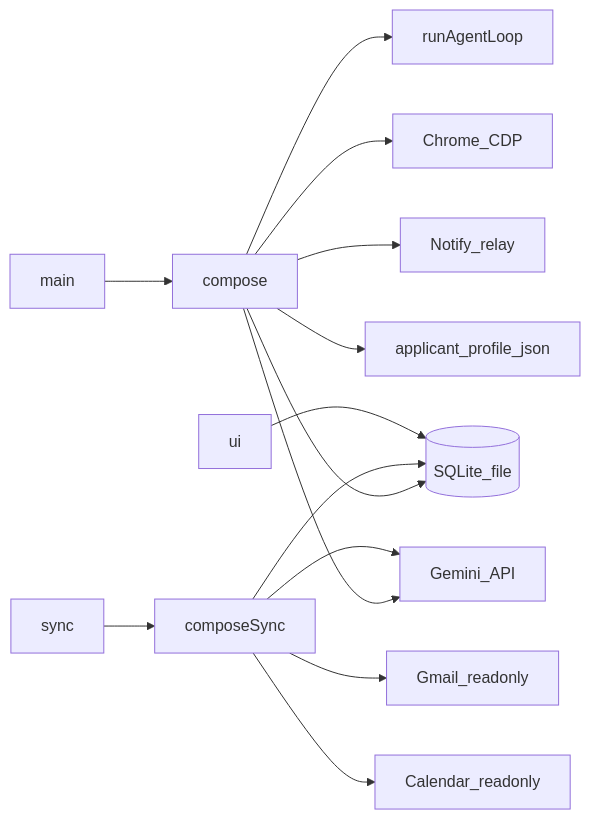
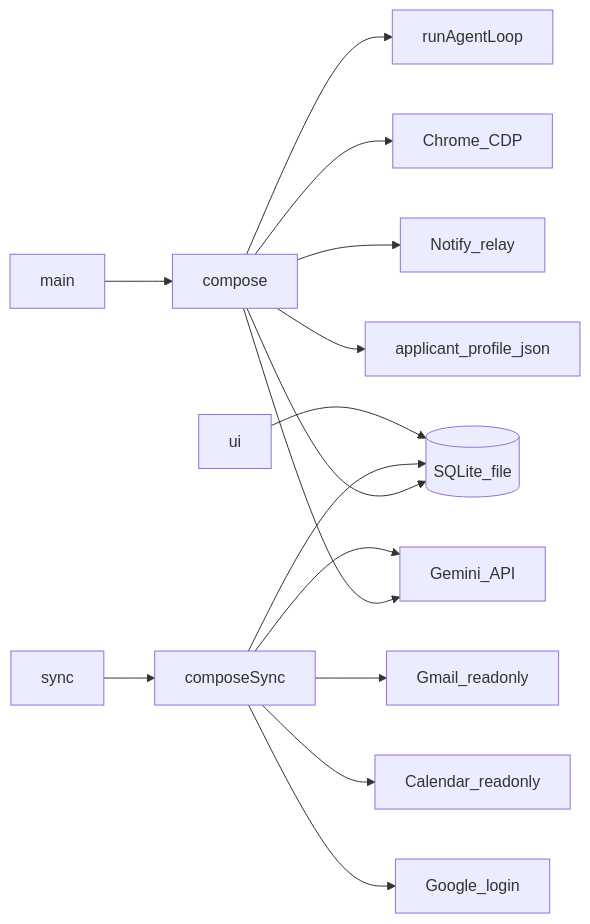
Before and after one commit to shinnenkara/wohn-agent: the first of 2 diagrams in docs/architecture.md, drawn with Mermaid. The commit also changed other lines of this file and 21 other files, not shown here.

First line of the commit message:
Refactor Google login integration and enhance email handling

````diff
--- a/docs/architecture.md
+++ b/docs/architecture.md
@@ -9,30 +9,32 @@
 ```mermaid
 flowchart LR
   main[main]
   compose[compose]
   loop[runAgentLoop]
   syncMain[sync]
   composeSync[composeSync]
   ui[ui]
   chrome[Chrome_CDP]
   sqlite[(SQLite_file)]
   gemini[Gemini_API]
   gmail[Gmail_readonly]
   calendar[Calendar_readonly]
+  googleLogin[Google_login]
   relay[Notify_relay]
   profile[applicant_profile_json]
 
   main --> compose
   compose --> loop
   compose --> chrome
   compose --> sqlite
   compose --> gemini
   compose --> relay
   compose --> profile
   syncMain --> composeSync
   composeSync --> sqlite
   composeSync --> gmail
   composeSync --> calendar
+  composeSync --> googleLogin
   composeSync --> gemini
   ui --> sqlite
 ```
````
